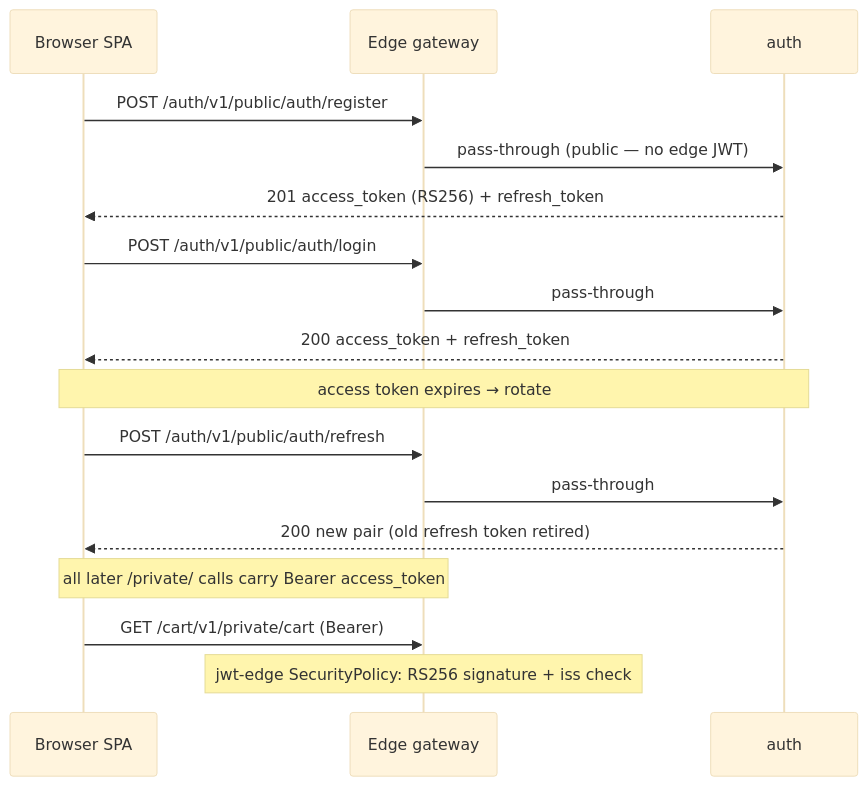
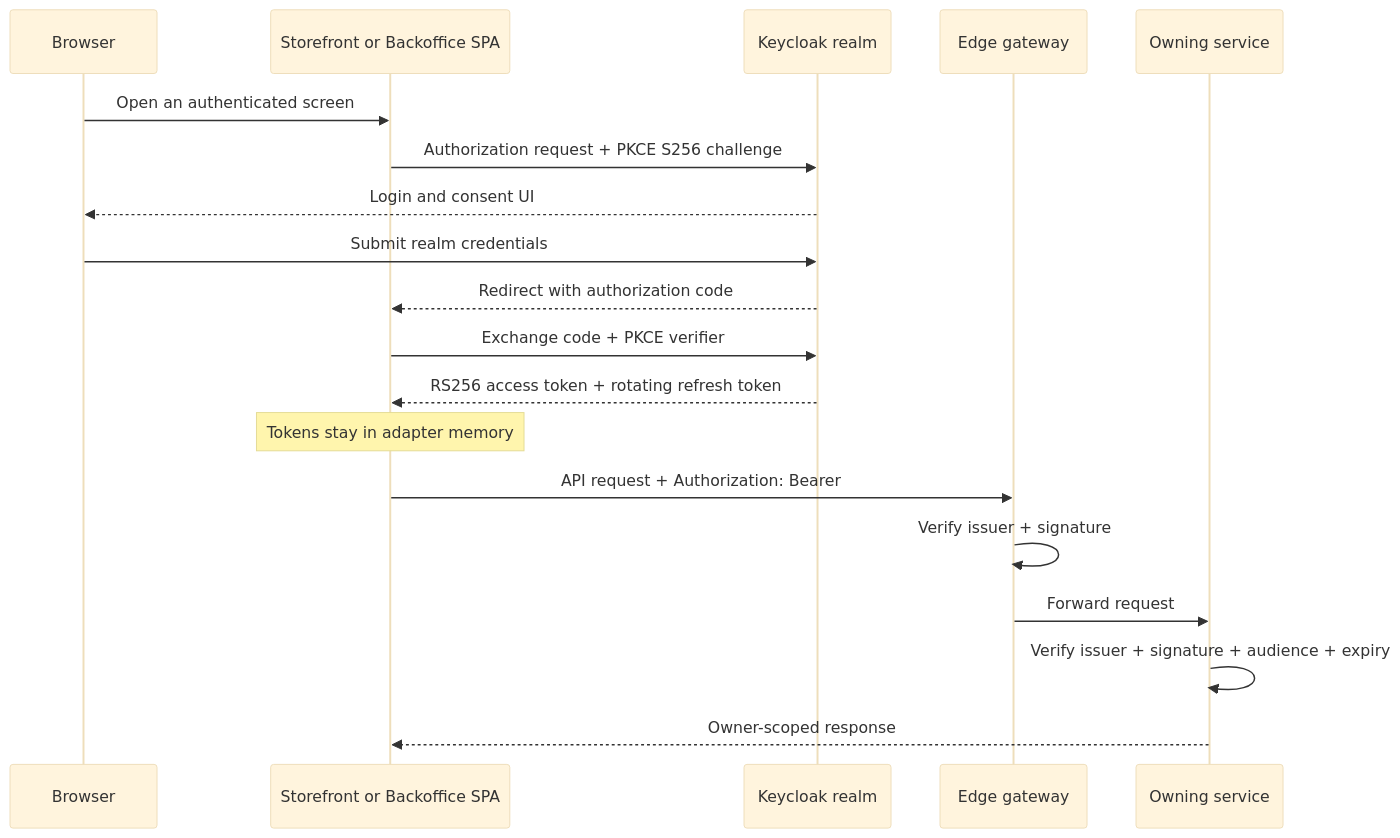
The sixth of 10 diagrams in docs/api/api.md (duynhlab/homelab), drawn with Mermaid (base theme) before and after one commit. The commit also changed other lines of this file and 3 other files, not shown here.

````diff
--- a/docs/api/api.md
+++ b/docs/api/api.md
@@ -530,23 +526,22 @@
 ```mermaid
 sequenceDiagram
-    participant SPA as Browser SPA
-    participant Edge as Edge gateway
-    participant Auth as auth
+    participant B as Browser
+    participant SPA as Storefront or Backoffice SPA
+    participant K as Keycloak realm
+    participant E as Edge gateway
+    participant S as Owning service
 
-    SPA->>Edge: POST /auth/v1/public/auth/register
-    Edge->>Auth: pass-through (public — no edge JWT)
-    Auth-->>SPA: 201 access_token (RS256) + refresh_token
-
-    SPA->>Edge: POST /auth/v1/public/auth/login
-    Edge->>Auth: pass-through
-    Auth-->>SPA: 200 access_token + refresh_token
-
-    Note over SPA,Auth: access token expires → rotate
-    SPA->>Edge: POST /auth/v1/public/auth/refresh
-    Edge->>Auth: pass-through
-    Auth-->>SPA: 200 new pair (old refresh token retired)
-
-    Note over SPA,Edge: all later /private/ calls carry Bearer access_token
-    SPA->>Edge: GET /cart/v1/private/cart (Bearer)
-    Note over Edge: jwt-edge SecurityPolicy: RS256 signature + iss check
+    B->>SPA: Open an authenticated screen
+    SPA->>K: Authorization request + PKCE S256 challenge
+    K-->>B: Login and consent UI
+    B->>K: Submit realm credentials
+    K-->>SPA: Redirect with authorization code
+    SPA->>K: Exchange code + PKCE verifier
+    K-->>SPA: RS256 access token + rotating refresh token
+    Note over SPA: Tokens stay in adapter memory
+    SPA->>E: API request + Authorization: Bearer
+    E->>E: Verify issuer + signature
+    E->>S: Forward request
+    S->>S: Verify issuer + signature + audience + expiry
+    S-->>SPA: Owner-scoped response
 ```
````
